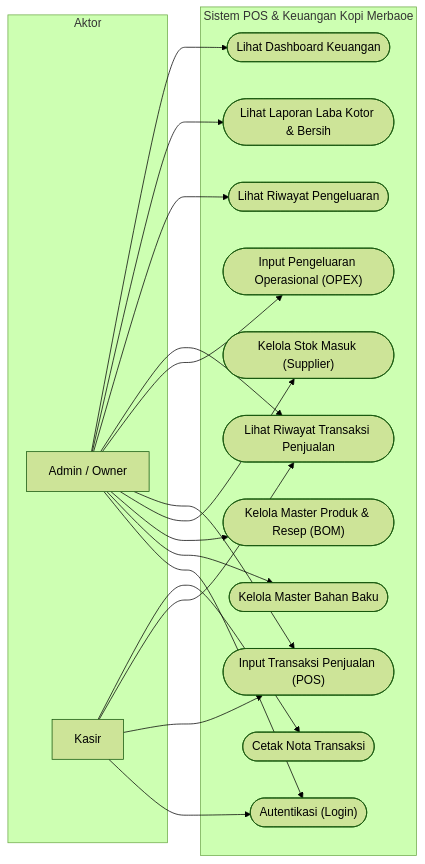
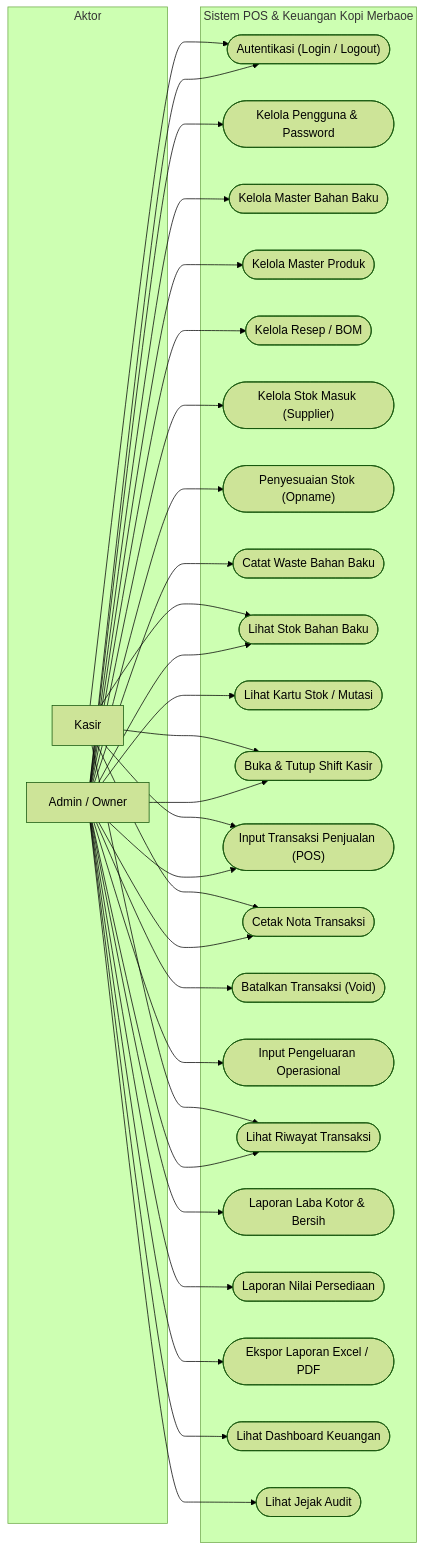
The first of 6 diagrams in README.md (fahmibastari/pos-merbaoe), drawn with Mermaid (forest theme) before and after one commit. The commit also changed other lines of this file, not shown here.

````diff
--- a/README.md
+++ b/README.md
@@ -464,41 +1053,60 @@
 ```mermaid
 flowchart LR
-    %% Actor Styling
     subgraph Aktor ["Aktor"]
         Admin["Admin / Owner"]
         Kasir["Kasir"]
     end
 
-    %% System Boundaries
     subgraph Sistem ["Sistem POS & Keuangan Kopi Merbaoe"]
-        UC1(["Autentikasi (Login)"])
-        UC2(["Kelola Master Bahan Baku"])
-        UC3(["Kelola Master Produk & Resep (BOM)"])
-        UC4(["Kelola Stok Masuk (Supplier)"])
-        UC5(["Input Transaksi Penjualan (POS)"])
-        UC6(["Input Pengeluaran Operasional (OPEX)"])
-        UC7(["Lihat Riwayat Transaksi Penjualan"])
-        UC8(["Lihat Riwayat Pengeluaran"])
-        UC9(["Lihat Laporan Laba Kotor & Bersih"])
-        UC10(["Lihat Dashboard Keuangan"])
-        UC11(["Cetak Nota Transaksi"])
+        UC01(["Autentikasi (Login / Logout)"])
+        UC02(["Kelola Pengguna & Password"])
+        UC03(["Kelola Master Bahan Baku"])
+        UC04(["Kelola Master Produk"])
+        UC05(["Kelola Resep / BOM"])
+        UC06(["Kelola Stok Masuk (Supplier)"])
+        UC07(["Penyesuaian Stok (Opname)"])
+        UC08(["Catat Waste Bahan Baku"])
+        UC09(["Lihat Stok Bahan Baku"])
+        UC10(["Lihat Kartu Stok / Mutasi"])
+        UC11(["Buka & Tutup Shift Kasir"])
+        UC12(["Input Transaksi Penjualan (POS)"])
+        UC13(["Cetak Nota Transaksi"])
+        UC14(["Batalkan Transaksi (Void)"])
+        UC15(["Input Pengeluaran Operasional"])
+        UC16(["Lihat Riwayat Transaksi"])
+        UC17(["Laporan Laba Kotor & Bersih"])
+        UC18(["Laporan Nilai Persediaan"])
+        UC19(["Ekspor Laporan Excel / PDF"])
+        UC20(["Lihat Dashboard Keuangan"])
+        UC21(["Lihat Jejak Audit"])
     end
 
-    %% Relations for Admin
-    Admin --> UC1
-    Admin --> UC2
-    Admin --> UC3
-    Admin --> UC4
-    Admin --> UC5
-    Admin --> UC6
-    Admin --> UC7
-    Admin --> UC8
-    Admin --> UC9
+    Admin --> UC01
+    Admin --> UC02
+    Admin --> UC03
+    Admin --> UC04
+    Admin --> UC05
+    Admin --> UC06
+    Admin --> UC07
+    Admin --> UC08
+    Admin --> UC09
     Admin --> UC10
+    Admin --> UC11
+    Admin --> UC12
+    Admin --> UC13
+    Admin --> UC14
+    Admin --> UC15
+    Admin --> UC16
+    Admin --> UC17
+    Admin --> UC18
+    Admin --> UC19
+    Admin --> UC20
+    Admin --> UC21
 
-    %% Relations for Kasir
-    Kasir --> UC1
-    Kasir --> UC5
-    Kasir --> UC7
+    Kasir --> UC01
+    Kasir --> UC09
     Kasir --> UC11
+    Kasir --> UC12
+    Kasir --> UC13
+    Kasir --> UC16
 ```
````
